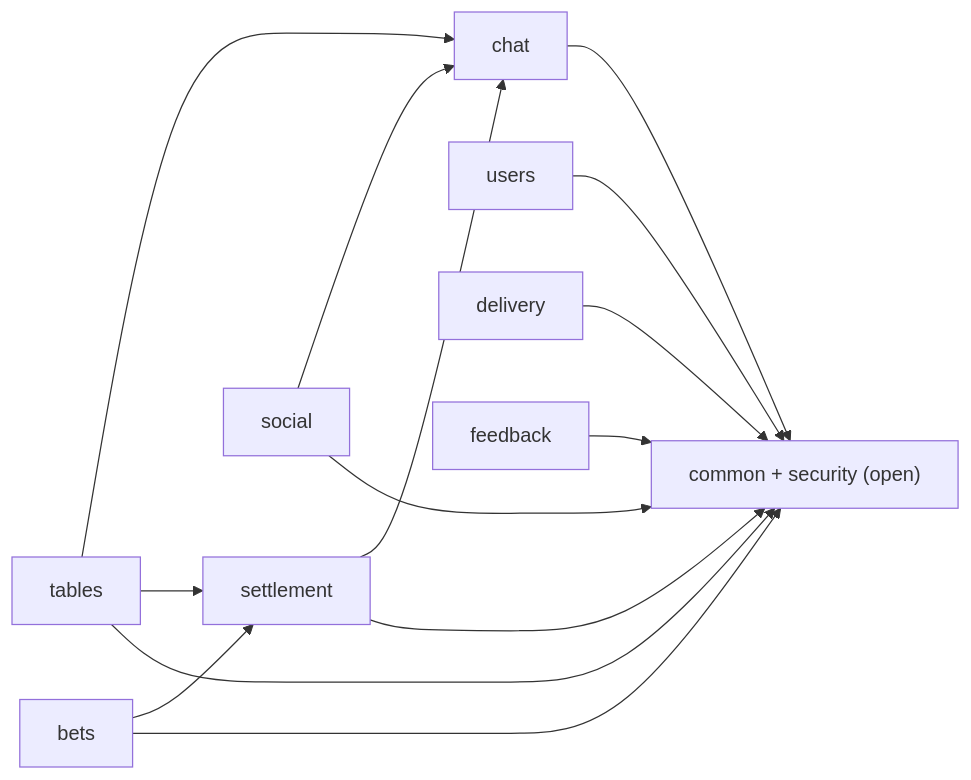
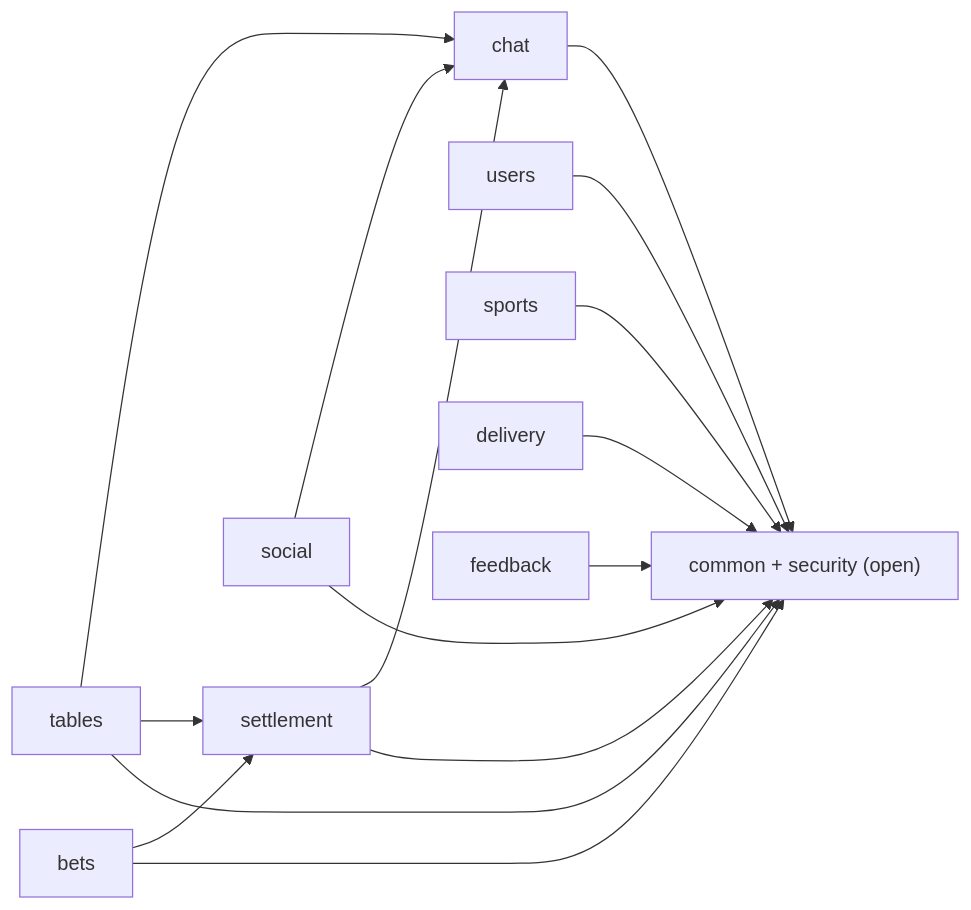
Before and after one commit to jackhudsonnnn/PVPicks: the second of 3 diagrams in docs/site/architecture.md, drawn with Mermaid. The commit also changed other lines of this file and 12 other files, not shown here.

````diff
--- a/docs/site/architecture.md
+++ b/docs/site/architecture.md
@@ -33,9 +33,9 @@
 ```mermaid
 flowchart LR
   tables --> chat
   tables --> settlement
   social --> chat
   settlement --> chat
   bets --> settlement
-  users & social & tables & chat & bets & settlement & delivery & feedback --> shared["common + security (open)"]
+  users & social & tables & chat & bets & settlement & sports & delivery & feedback --> shared["common + security (open)"]
 ```
````
